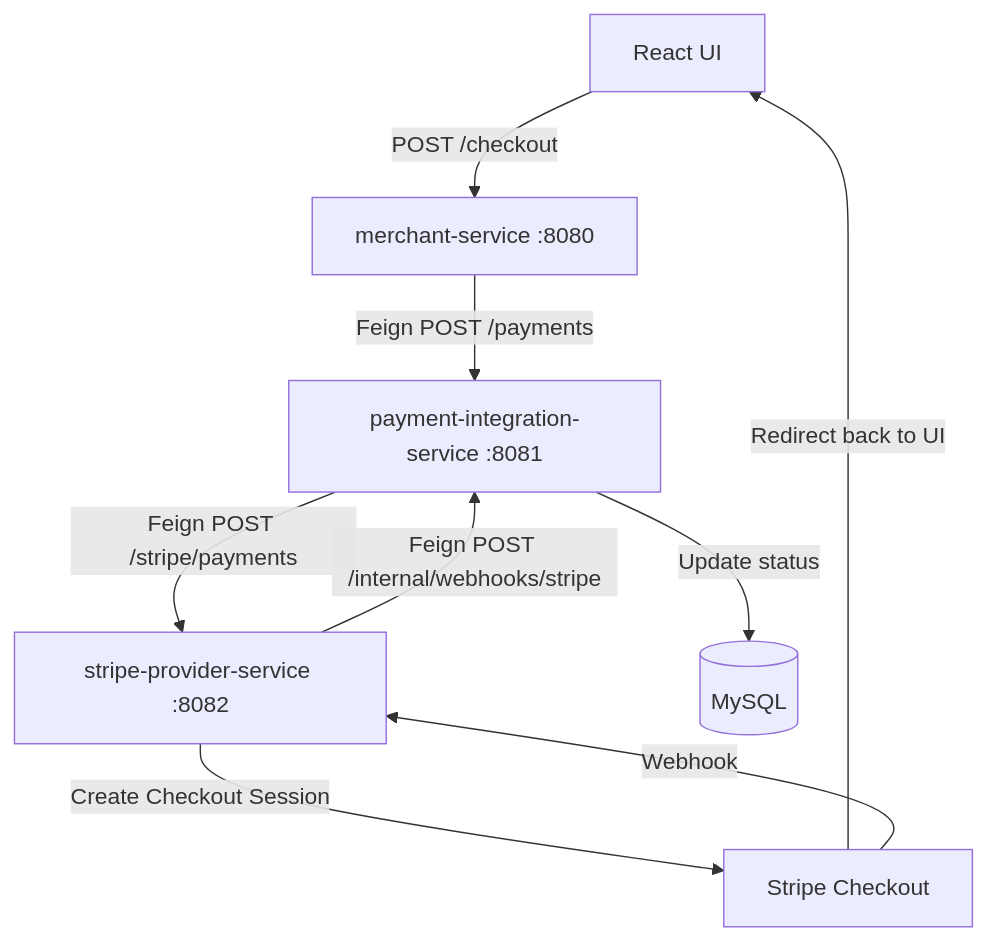
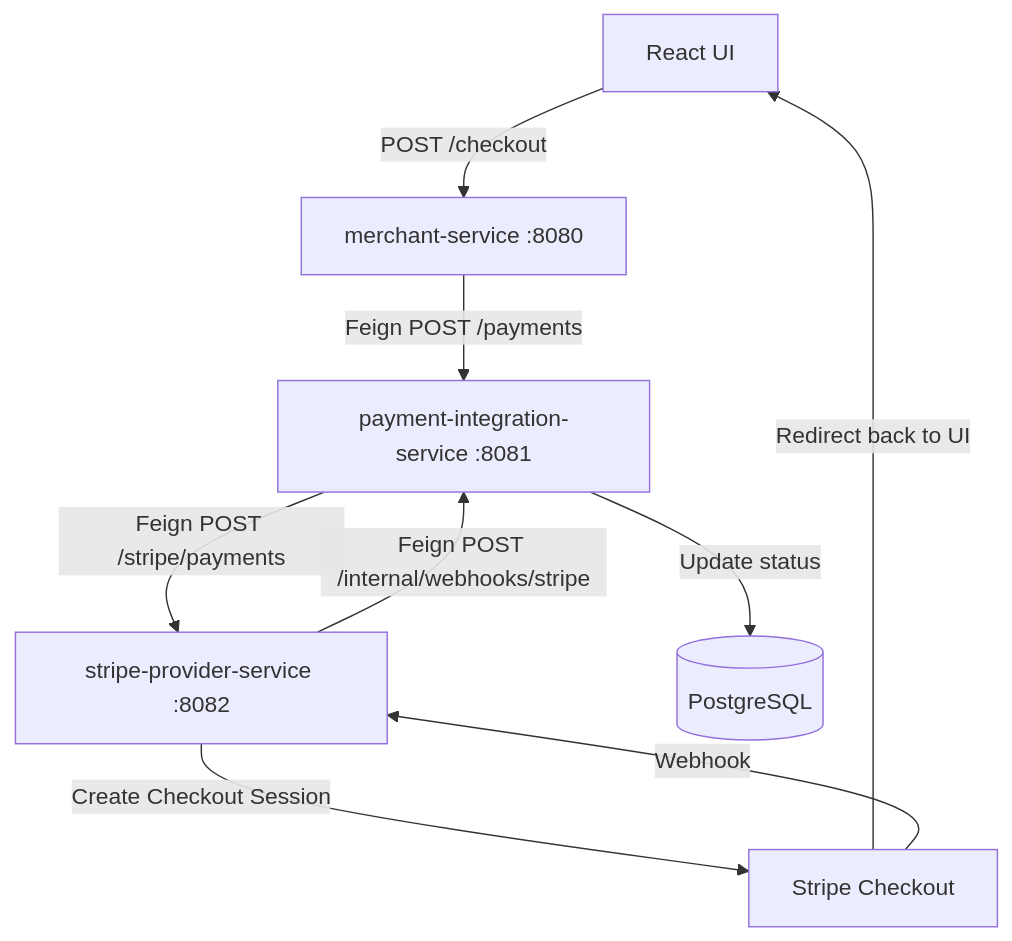
One commit to C00deian/payment-demo changed the diagram in README.md. Above: the diagram before and after it, drawn with Mermaid. The commit also changed other lines of this file and 7 other files, not shown here.

````diff
--- a/README.md
+++ b/README.md
@@ -14,11 +14,11 @@
 ```mermaid
 flowchart TD
   A[React UI] -->|POST /checkout| B[merchant-service :8080]
   B -->|Feign POST /payments| C[payment-integration-service :8081]
   C -->|Feign POST /stripe/payments| D[stripe-provider-service :8082]
   D -->|Create Checkout Session| E[Stripe Checkout]
   E -->|Redirect back to UI| A
   E -->|Webhook| D
   D -->|Feign POST /internal/webhooks/stripe| C
-  C -->|Update status| F[(MySQL)]
+  C -->|Update status| F[(PostgreSQL)]
 ```
````
